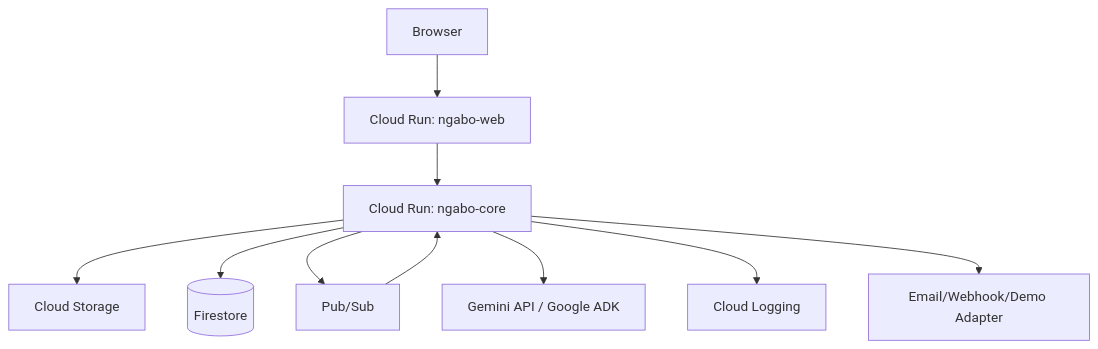
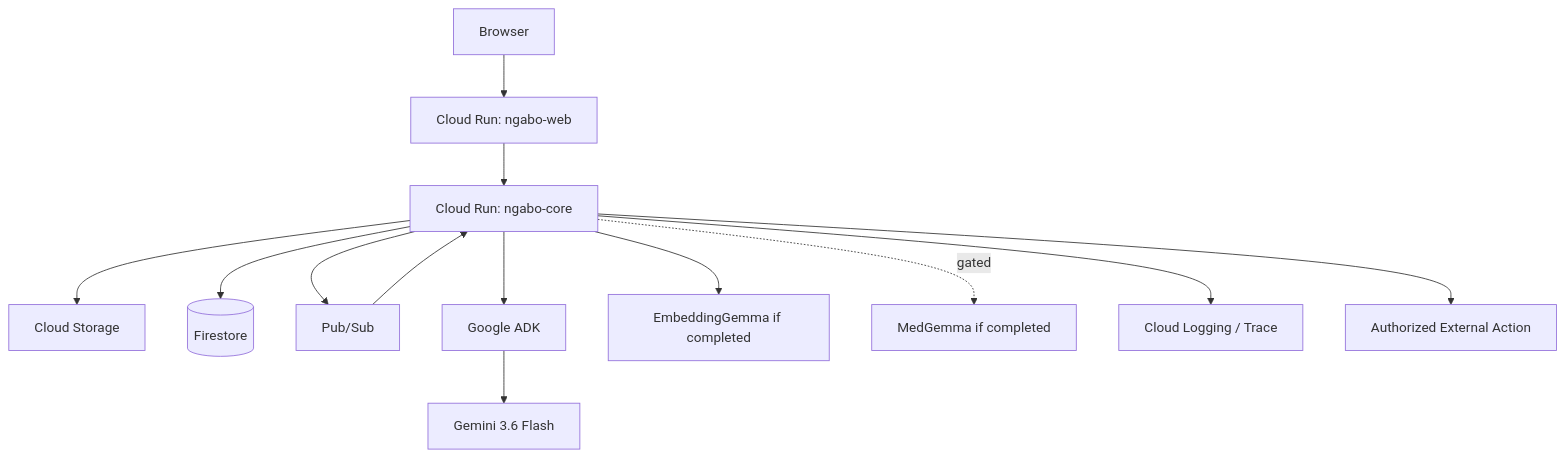
The third of 10 diagrams in docs/SYSTEM_DESIGN.md (ronnielutaro/Ngabo-AMR-Surveillance), drawn with Mermaid before and after one commit. The commit also changed other lines of this file, not shown here.

Commit message:
docs(system): add resumability observability and proof of action

````diff
--- a/docs/SYSTEM_DESIGN.md
+++ b/docs/SYSTEM_DESIGN.md
@@ -125,12 +147,15 @@
 ```mermaid
 flowchart TD
     Browser --> Web[Cloud Run: ngabo-web]
     Web --> Core[Cloud Run: ngabo-core]
     Core --> GCS[Cloud Storage]
     Core --> DB[(Firestore)]
     Core --> PS[Pub/Sub]
     PS --> Core
-    Core --> Gemini[Gemini API / Google ADK]
-    Core --> Logs[Cloud Logging]
-    Core --> Notify[Email/Webhook/Demo Adapter]
+    Core --> Agent[Google ADK]
+    Agent --> Gemini[Gemini 3.6 Flash]
+    Core --> Embed[EmbeddingGemma if completed]
+    Core -. gated .-> Med[MedGemma if completed]
+    Core --> Logs[Cloud Logging / Trace]
+    Core --> Notify[Authorized External Action]
 ```
````
